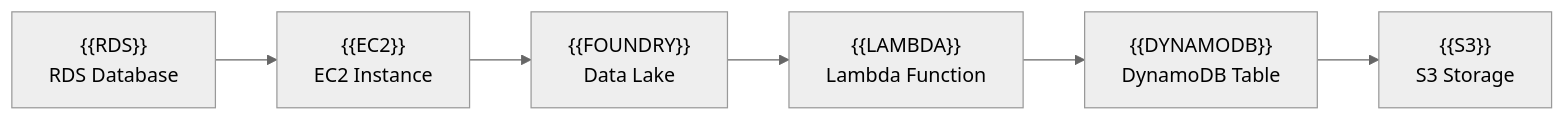
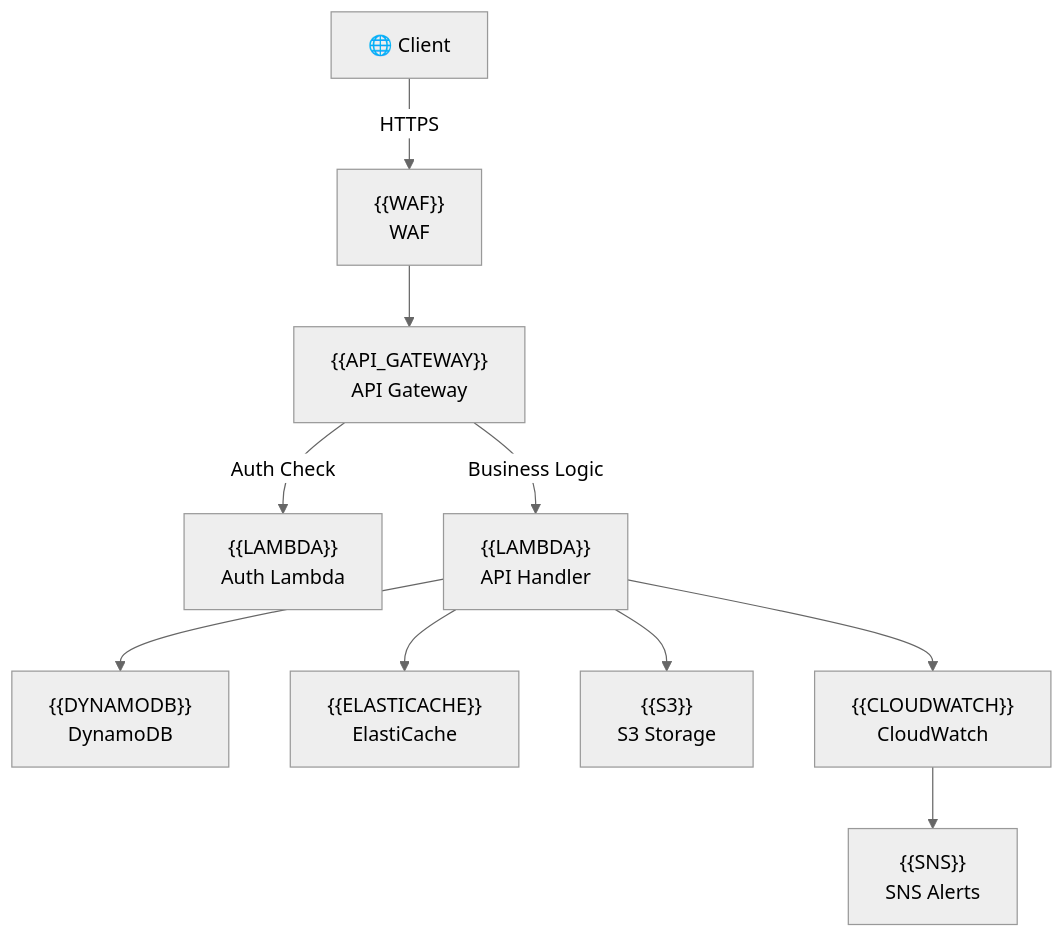
The second of 3 diagrams in README.md (mehdi-gital/parii_plots), drawn with Mermaid (neutral theme) before and after one commit. The commit also changed other lines of this file and 2586 other files, not shown here.

````diff
--- a/README.md
+++ b/README.md
@@ -175,9 +179,29 @@
 ```mermaid
-flowchart LR
-    A["{{EC2}}<br/>EC2 Instance"] --> B["{{FOUNDRY}}<br/>Data Lake"]
-    B --> C["{{LAMBDA}}<br/>Lambda Function"]
-    C --> D["{{DYNAMODB}}<br/>DynamoDB Table"]
+flowchart TB
+    Client["🌐 Client"]
     
-    E["{{RDS}}<br/>RDS Database"] --> A
-    D --> F["{{S3}}<br/>S3 Storage"]
+    WAF["{{WAF}}<br/>WAF"]
+    APIGW["{{API_GATEWAY}}<br/>API Gateway"]
+    
+    AuthLambda["{{LAMBDA}}<br/>Auth Lambda"]
+    APIHandler["{{LAMBDA}}<br/>API Handler"]
+    
+    DDB["{{DYNAMODB}}<br/>DynamoDB"]
+    Cache["{{ELASTICACHE}}<br/>ElastiCache"]
+    S3["{{S3}}<br/>S3 Storage"]
+    
+    CloudWatch["{{CLOUDWATCH}}<br/>CloudWatch"]
+    SNS["{{SNS}}<br/>SNS Alerts"]
+    
+    Client -->|HTTPS| WAF
+    WAF --> APIGW
+    APIGW -->|Auth Check| AuthLambda
+    APIGW -->|Business Logic| APIHandler
+    
+    APIHandler --> DDB
+    APIHandler --> Cache
+    APIHandler --> S3
+    
+    APIHandler --> CloudWatch
+    CloudWatch --> SNS
 ```
````
